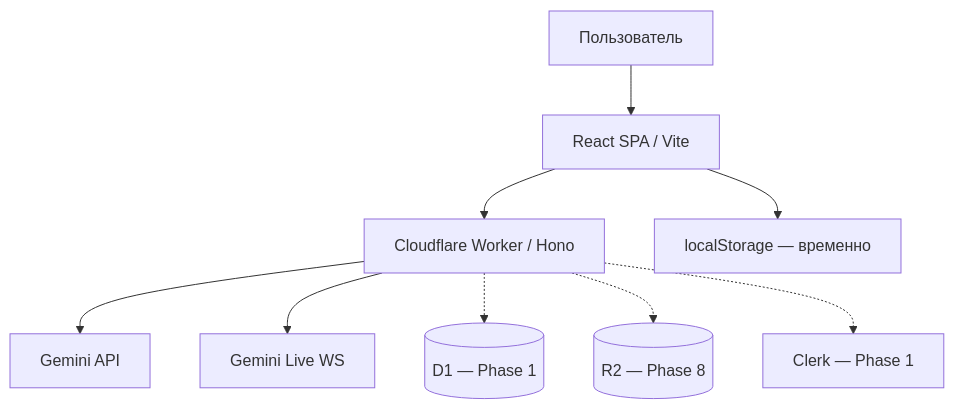
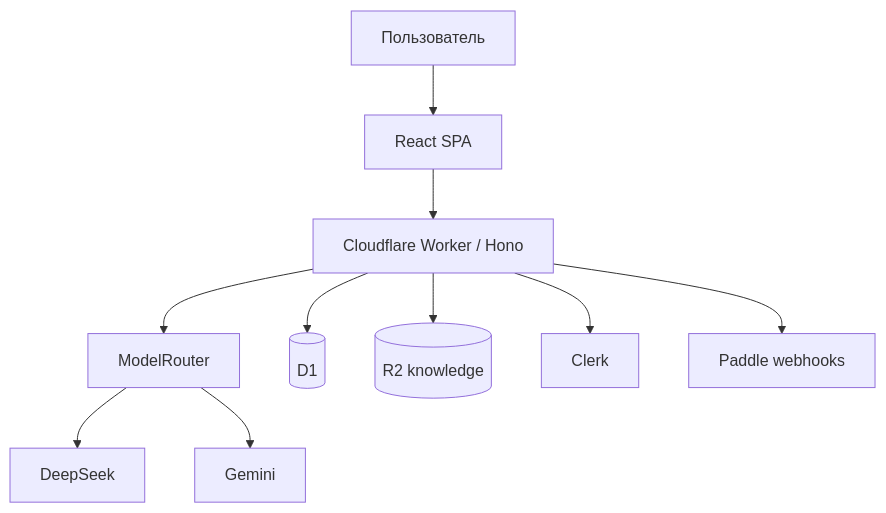
The diagram in map.md (baver001/persony), drawn with Mermaid before and after one commit. The commit also changed other lines of this file and 54 other files, not shown here.

````diff
--- a/map.md
+++ b/map.md
@@ -15,11 +12,12 @@
 ```mermaid
 flowchart TD
-  U[Пользователь] --> SPA[React SPA / Vite]
+  U[Пользователь] --> SPA[React SPA]
   SPA --> API[Cloudflare Worker / Hono]
-  API --> G[Gemini API]
-  API --> LIVE[Gemini Live WS]
-  SPA --> LS[localStorage — временно]
-  API -.-> D1[(D1 — Phase 1)]
-  API -.-> R2[(R2 — Phase 8)]
-  API -.-> Clerk[Clerk — Phase 1]
+  API --> Router[ModelRouter]
+  Router --> DS[DeepSeek]
+  Router --> G[Gemini]
+  API --> D1[(D1)]
+  API --> R2[(R2 knowledge)]
+  API --> Clerk[Clerk]
+  API --> Paddle[Paddle webhooks]
 ```
````
